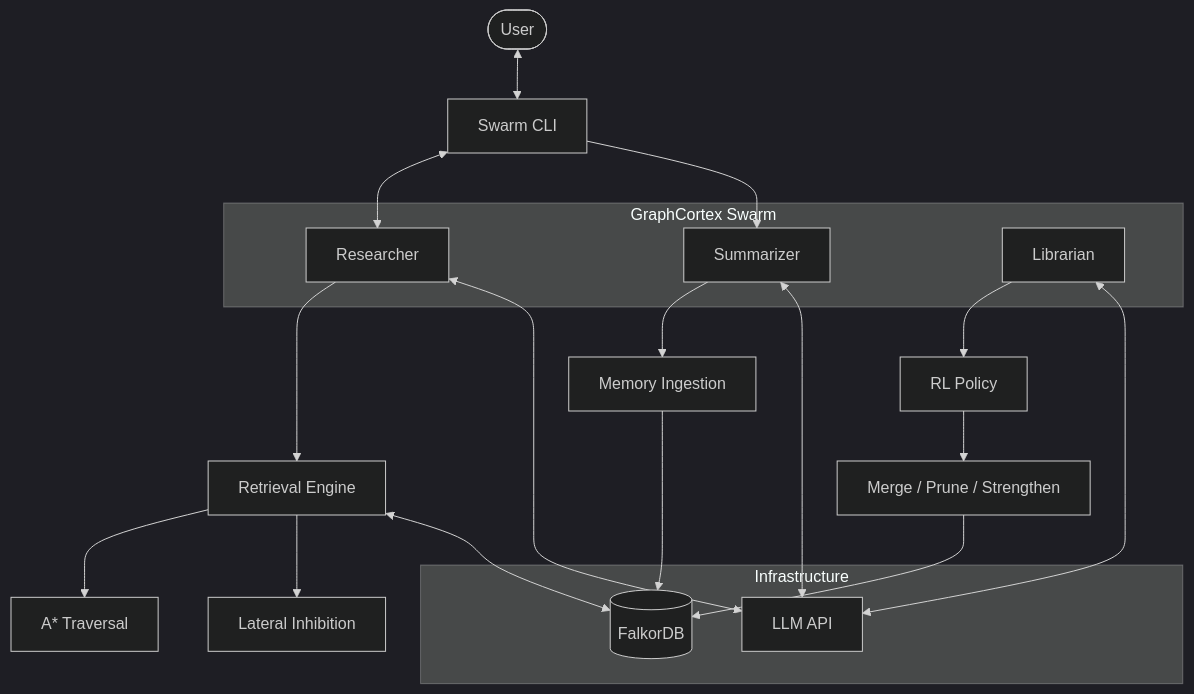
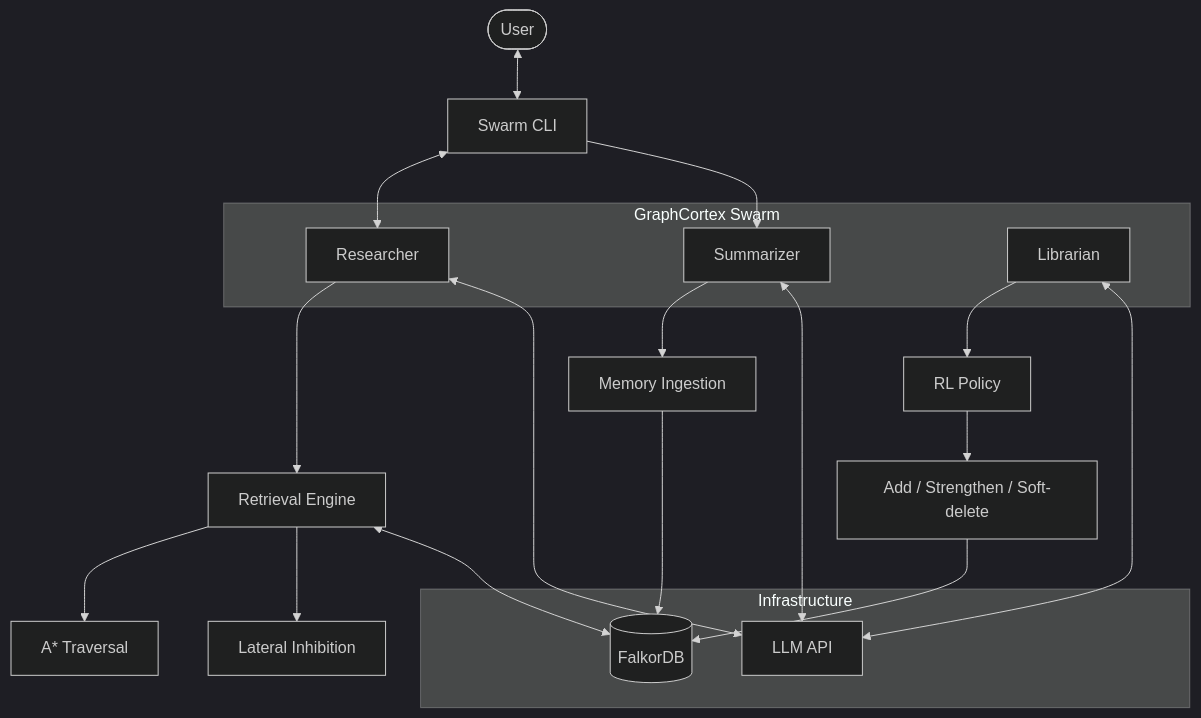
One commit to anonimity69/GraphCortex changed the diagram in README.md. Above: the diagram before and after it, drawn with Mermaid (dark theme). The commit also changed other lines of this file and 1 other file, not shown here.

````diff
--- a/README.md
+++ b/README.md
@@ -86,33 +110,33 @@
 ```mermaid
 graph TD
     User([User]) <--> CLI[Swarm CLI]
     
     subgraph Swarm[GraphCortex Swarm]
         Researcher[Researcher]
         Summarizer[Summarizer]
         Librarian[Librarian]
     end
     
     CLI <--> Researcher
     Researcher --> RetrievalEngine[Retrieval Engine]
     RetrievalEngine --> AStar[A* Traversal]
     RetrievalEngine --> Inhibition[Lateral Inhibition]
     
     CLI --> Summarizer
     Summarizer --> Ingestion[Memory Ingestion]
     
     Librarian --> RL[RL Policy]
-    RL --> GraphOps[Merge / Prune / Strengthen]
+    RL --> GraphOps[Add / Strengthen / Soft-delete]
     
     subgraph Infra[Infrastructure]
         FalkorDB[(FalkorDB)]
         LLM[LLM API]
     end
     
     RetrievalEngine <--> FalkorDB
     Ingestion --> FalkorDB
     GraphOps --> FalkorDB
     Researcher <--> LLM
     Summarizer <--> LLM
     Librarian <--> LLM
 ```
````
